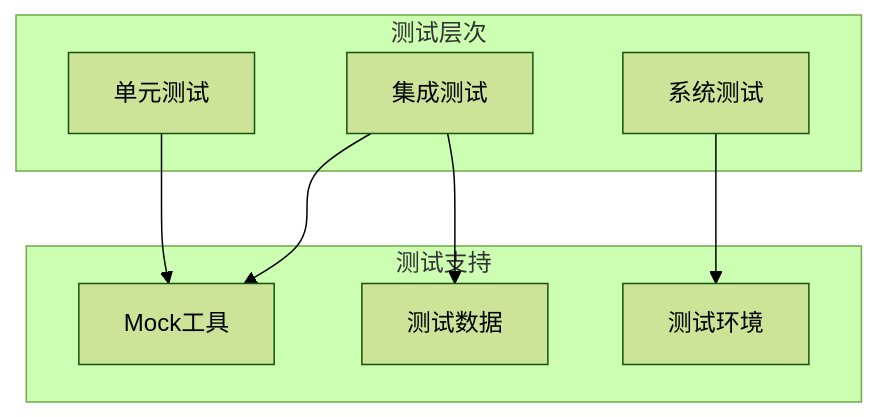
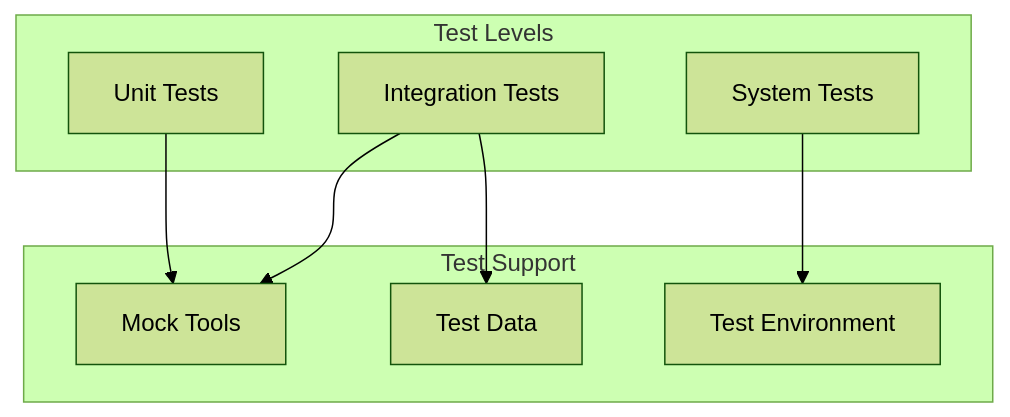
One commit to mjczz/project-analyzer changed diagram 12 of 16 in TEMPLATE.md. Above: the diagram before and after it, drawn with Mermaid (forest theme). The commit also changed other lines of this file and 8 other files, not shown here.

````diff
--- a/TEMPLATE.md
+++ b/TEMPLATE.md
@@ -533,19 +533,19 @@
 ```mermaid
 graph TB
-    subgraph "测试层次"
-        A[单元测试]
-        B[集成测试]
-        C[系统测试]
+    subgraph "Test Levels"
+        A[Unit Tests]
+        B[Integration Tests]
+        C[System Tests]
     end
 
-    subgraph "测试支持"
-        D[Mock工具]
-        E[测试数据]
-        F[测试环境]
+    subgraph "Test Support"
+        D[Mock Tools]
+        E[Test Data]
+        F[Test Environment]
     end
 
     A --> D
     B --> D
     B --> E
     C --> F
 ```
````
